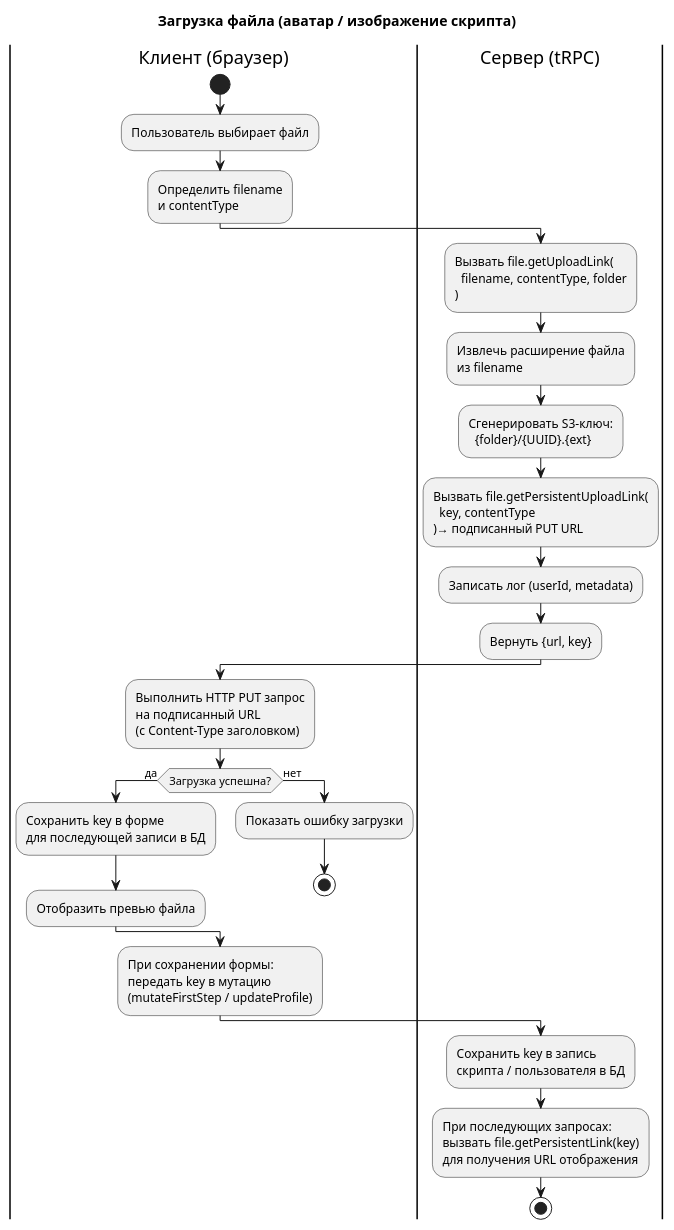
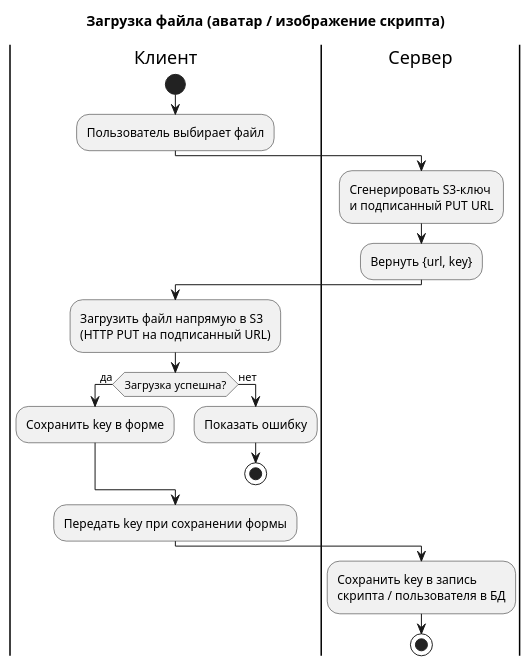
One commit to nifle3/diplom_work changed the diagram in docs/activity/07_file_upload.puml. Above: the diagram before and after it, drawn with PlantUML. The commit also changed 10 other files, not shown here.

Commit message:
update activity diagram

```diff
--- a/docs/activity/07_file_upload.puml
+++ b/docs/activity/07_file_upload.puml
@@ -1,46 +1,33 @@
 @startuml 07_file_upload
 title Загрузка файла (аватар / изображение скрипта)
 
-|Клиент (браузер)|
+|Клиент|
 start
 
 :Пользователь выбирает файл;
 
-:Определить filename\nи contentType;
+|Сервер|
 
-|Сервер (tRPC)|
-
-:Вызвать file.getUploadLink(\n  filename, contentType, folder\n);
-
-:Извлечь расширение файла\nиз filename;
-
-:Сгенерировать S3-ключ:\n  {folder}/{UUID}.{ext};
-
-:Вызвать file.getPersistentUploadLink(\n  key, contentType\n)→ подписанный PUT URL;
-
-:Записать лог (userId, metadata);
+:Сгенерировать S3-ключ\nи подписанный PUT URL;
 
 :Вернуть {url, key};
 
-|Клиент (браузер)|
+|Клиент|
 
-:Выполнить HTTP PUT запрос\nна подписанный URL\n(с Content-Type заголовком);
+:Загрузить файл напрямую в S3\n(HTTP PUT на подписанный URL);
 
 if (Загрузка успешна?) then (да)
-  :Сохранить key в форме\nдля последующей записи в БД;
-  :Отобразить превью файла;
+  :Сохранить key в форме;
 else (нет)
-  :Показать ошибку загрузки;
+  :Показать ошибку;
   stop
 endif
 
-:При сохранении формы:\nпередать key в мутацию\n(mutateFirstStep / updateProfile);
+:Передать key при сохранении формы;
 
-|Сервер (tRPC)|
+|Сервер|
 
 :Сохранить key в запись\nскрипта / пользователя в БД;
 
-:При последующих запросах:\nвызвать file.getPersistentLink(key)\nдля получения URL отображения;
-
 stop
 @enduml
```
